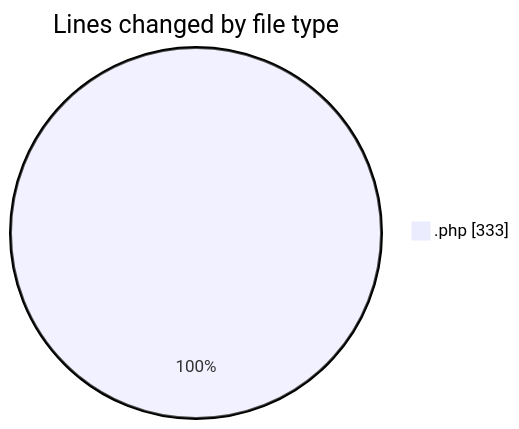
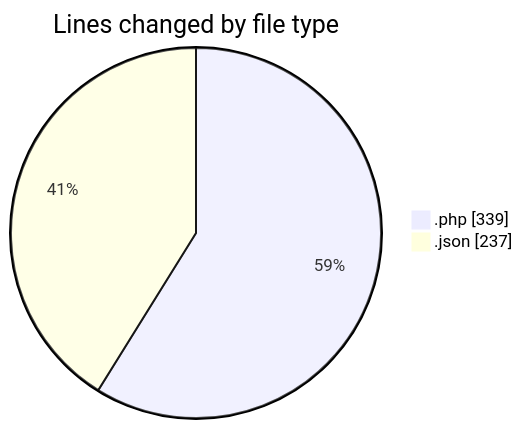
The first of 2 diagrams in 2025-06-07/studio-backend/README.md (idhammustaqopulfikri/code-tracking), drawn with Mermaid before and after one commit. The commit also changed other lines of this file and 1 other file, not shown here.

````diff
--- a/2025-06-07/studio-backend/README.md
+++ b/2025-06-07/studio-backend/README.md
@@ -23,5 +24,6 @@
 ```mermaid
 pie showData
 title Lines changed by file type
-".php" : 333
+".php" : 339
+".json" : 237
 ```
````
